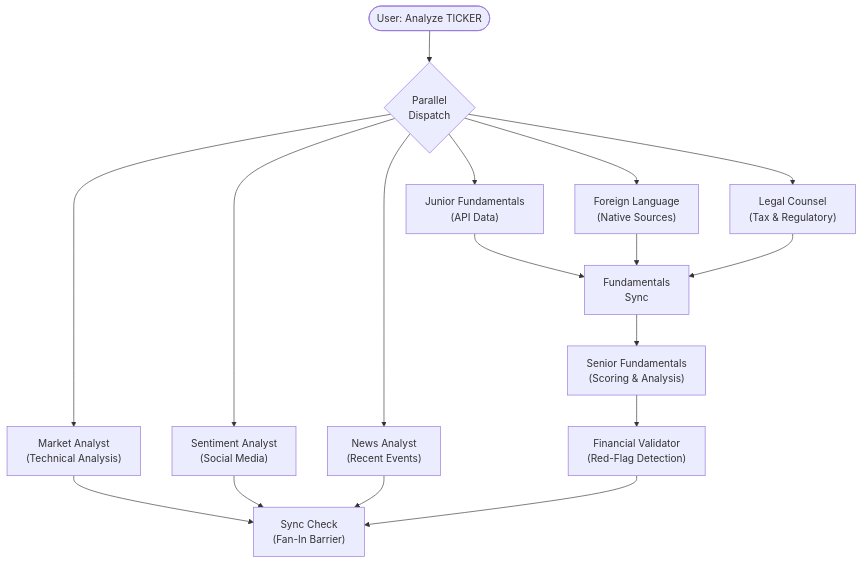
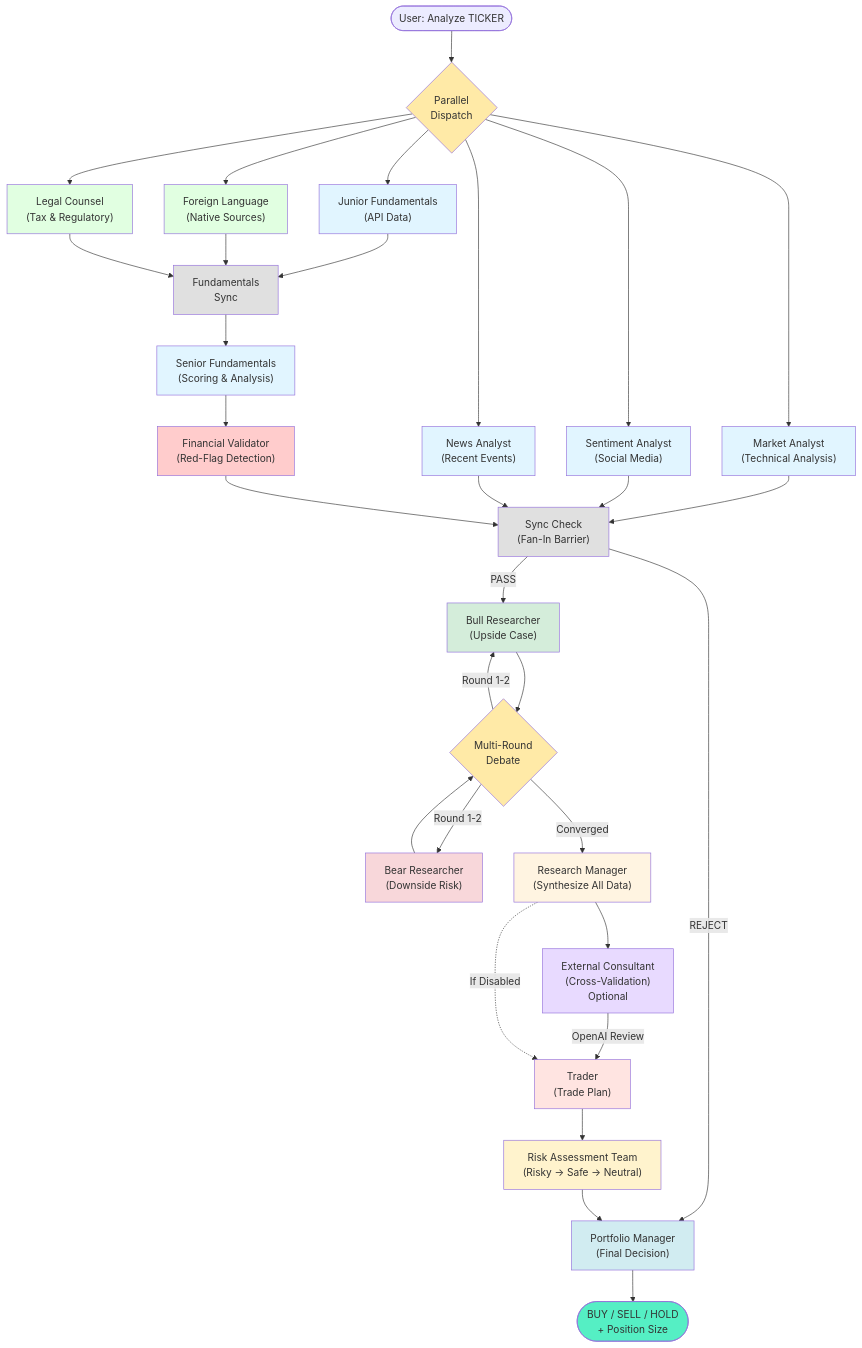
One commit to rgoerwit/ai-investment-agent changed the diagram in README.md. Above: the diagram before and after it, drawn with Mermaid.

Commit message:
Rebult architecture diagram - added back missing agents (#20)
Minor README update - visually important

````diff
--- a/README.md
+++ b/README.md
@@ -40,25 +40,68 @@
 ```mermaid
 graph TB
     Start([User: Analyze TICKER]) --> Dispatcher{Parallel<br/>Dispatch}
 
     %% Parallel Fan-Out: 6 branches run simultaneously
     Dispatcher --> MarketAnalyst["Market Analyst<br/>(Technical Analysis)"]
     Dispatcher --> SentimentAnalyst["Sentiment Analyst<br/>(Social Media)"]
     Dispatcher --> NewsAnalyst["News Analyst<br/>(Recent Events)"]
     Dispatcher --> JuniorFund["Junior Fundamentals<br/>(API Data)"]
     Dispatcher --> ForeignLang["Foreign Language<br/>(Native Sources)"]
     Dispatcher --> LegalCounsel["Legal Counsel<br/>(Tax & Regulatory)"]
 
     %% Market/Sentiment/News go directly to main Sync Check
     MarketAnalyst --> SyncCheck["Sync Check<br/>(Fan-In Barrier)"]
     SentimentAnalyst --> SyncCheck
     NewsAnalyst --> SyncCheck
 
     %% Fundamentals sub-graph: Junior + Foreign + Legal sync first
     JuniorFund --> FundSync["Fundamentals<br/>Sync"]
     ForeignLang --> FundSync
     LegalCounsel --> FundSync
     FundSync --> SeniorFund["Senior Fundamentals<br/>(Scoring & Analysis)"]
     SeniorFund --> Validator["Financial Validator<br/>(Red-Flag Detection)"]
     Validator --> SyncCheck
+
+    %% After all branches complete
+    SyncCheck -->|REJECT| PortfolioManager["Portfolio Manager<br/>(Final Decision)"]
+    SyncCheck -->|PASS| BullResearcher["Bull Researcher<br/>(Upside Case)"]
+
+    BullResearcher --> Debate{Multi-Round<br/>Debate}
+    BearResearcher["Bear Researcher<br/>(Downside Risk)"] --> Debate
+
+    Debate -->|Round 1-2| BullResearcher
+    Debate -->|Round 1-2| BearResearcher
+    Debate -->|Converged| ResearchManager["Research Manager<br/>(Synthesize All Data)"]
+
+    ResearchManager --> Consultant["External Consultant<br/>(Cross-Validation)<br/>Optional"]
+
+    Consultant -->|OpenAI Review| Trader["Trader<br/>(Trade Plan)"]
+    ResearchManager -.->|If Disabled| Trader
+
+    Trader --> RiskTeam["Risk Assessment Team<br/>(Risky → Safe → Neutral)"]
+
+    RiskTeam --> PortfolioManager
+
+    PortfolioManager --> Decision([BUY / SELL / HOLD<br/>+ Position Size])
+
+    style Dispatcher fill:#ffeaa7
+    style MarketAnalyst fill:#e1f5ff
+    style NewsAnalyst fill:#e1f5ff
+    style SentimentAnalyst fill:#e1f5ff
+    style JuniorFund fill:#e1f5ff
+    style ForeignLang fill:#e1ffe1
+    style LegalCounsel fill:#e1ffe1
+    style FundSync fill:#e0e0e0
+    style SeniorFund fill:#e1f5ff
+    style Validator fill:#ffcccc
+    style SyncCheck fill:#e0e0e0
+    style ResearchManager fill:#fff4e1
+    style BullResearcher fill:#d4edda
+    style BearResearcher fill:#f8d7da
+    style Consultant fill:#e8daff
+    style Trader fill:#ffe4e1
+    style RiskTeam fill:#fff3cd
+    style PortfolioManager fill:#d1ecf1
+    style Debate fill:#ffeaa7
+    style Decision fill:#55efc4
 ```
````
